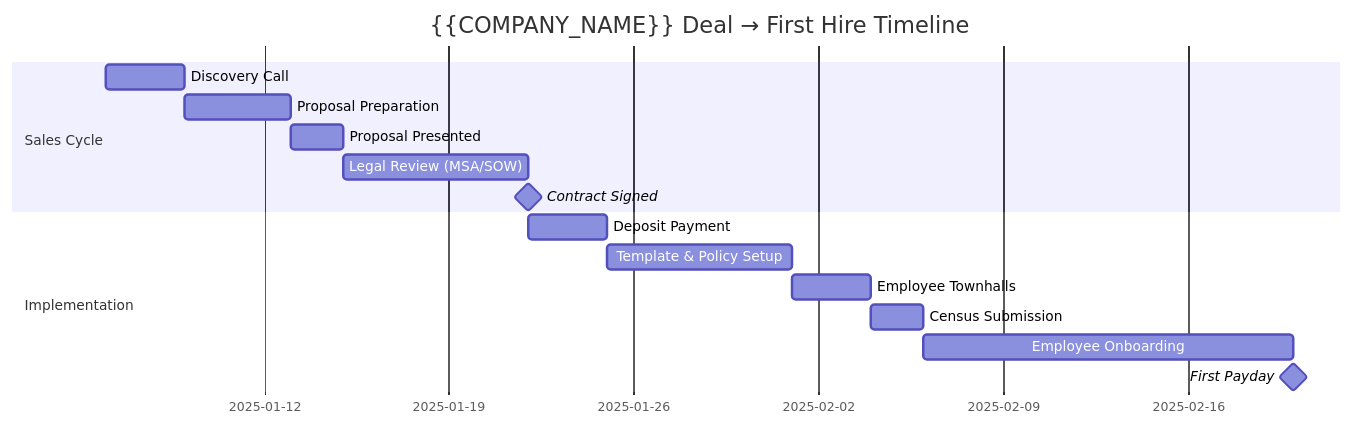
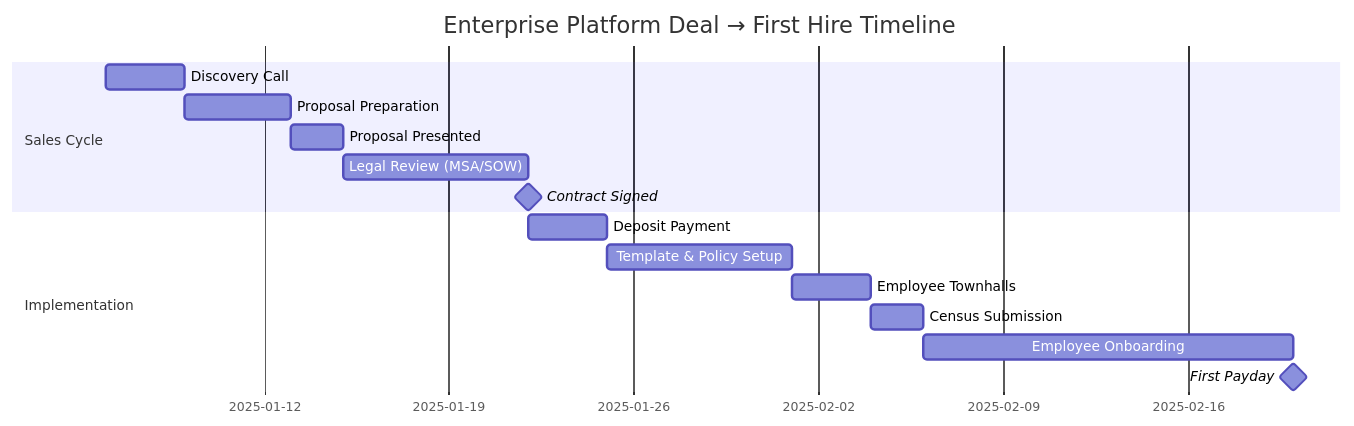
Before and after one commit to diamitani/mermaid_diagrams-skill: the fourth of 10 diagrams in SKILL.md, drawn with Mermaid. The commit also changed other lines of this file, not shown here.

````diff
--- a/SKILL.md
+++ b/SKILL.md
@@ -116,19 +122,19 @@
 ```mermaid
 gantt
-    title {{COMPANY_NAME}} Deal → First Hire Timeline
+    title Enterprise Platform Deal → First Hire Timeline
     dateFormat  YYYY-MM-DD
     section Sales Cycle
     Discovery Call           :a1, 2025-01-06, 3d
     Proposal Preparation     :a2, after a1, 4d
     Proposal Presented       :a3, after a2, 2d
     Legal Review (MSA/SOW)   :a4, after a3, 7d
     Contract Signed          :milestone, after a4, 0d
 
     section Implementation
     Deposit Payment          :b1, after a4, 3d
     Template & Policy Setup  :b2, after b1, 7d
     Employee Townhalls       :b3, after b2, 3d
     Census Submission        :b4, after b3, 2d
     Employee Onboarding      :b5, after b4, 14d
     First Payday             :milestone, after b5, 0d
 ```
````
